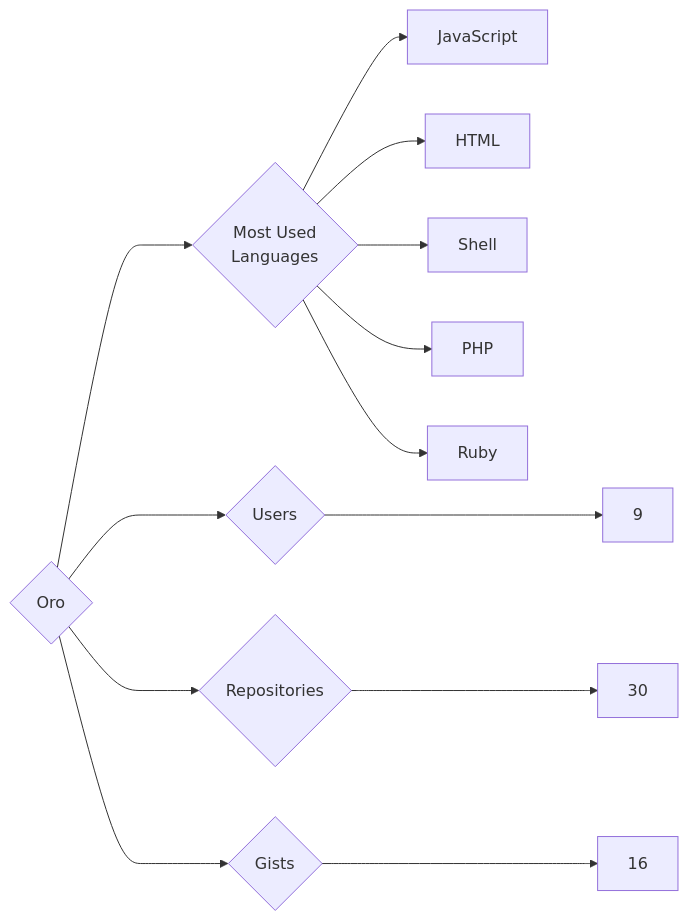
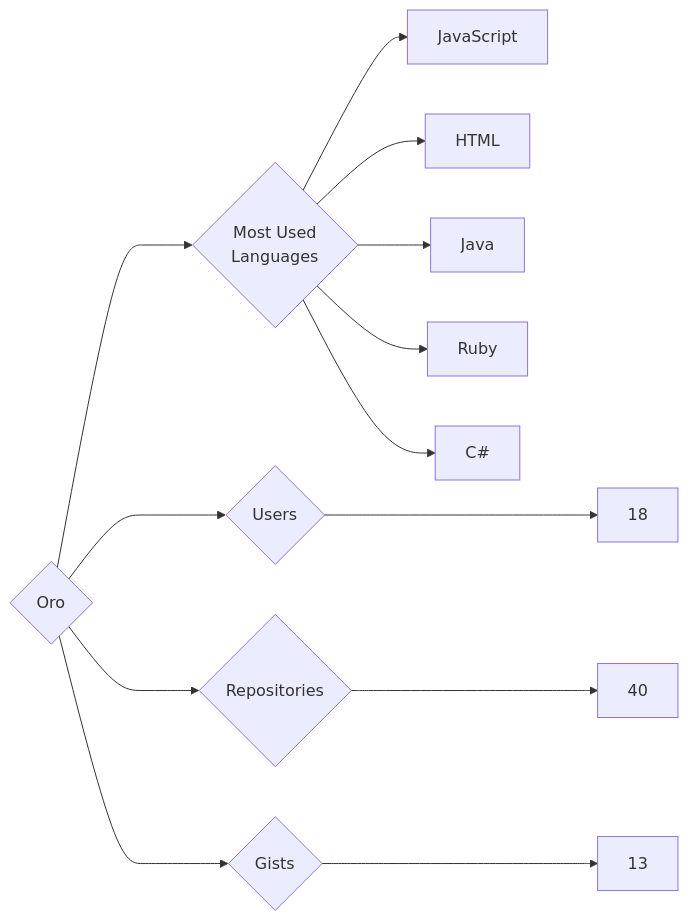
One commit to trickest/insiders changed the diagram in targets/Oro/README.md. Above: the diagram before and after it, drawn with Mermaid. The commit also changed 939 other files, not shown here.

````diff
--- a/targets/Oro/README.md
+++ b/targets/Oro/README.md
@@ -3,13 +3,13 @@
 ```mermaid
 graph LR
 COMPANY_NAME{Oro}
-COMPANY_NAME ---> U{Users} ---> UN[9]
-COMPANY_NAME ---> R{Repositories} ---> RN[30]
-COMPANY_NAME ---> G{Gists} ---> GN[16]
+COMPANY_NAME ---> U{Users} ---> UN[18]
+COMPANY_NAME ---> R{Repositories} ---> RN[40]
+COMPANY_NAME ---> G{Gists} ---> GN[13]
 COMPANY_NAME ---> ML{Most Used<br>Languages}
 ML --> JavaScript[JavaScript]
 ML --> HTML[HTML]
-ML --> Shell[Shell]
-ML --> PHP[PHP]
+ML --> Java[Java]
 ML --> Ruby[Ruby]
+ML --> C#[C#]
 ```
````
